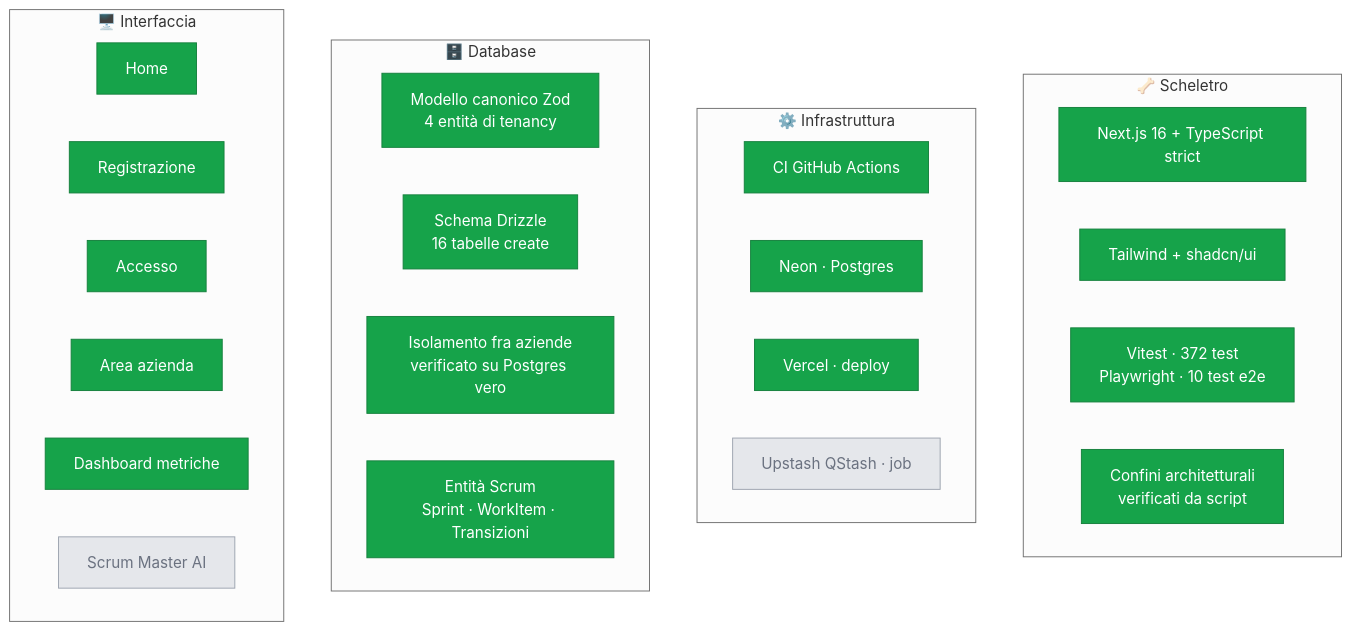
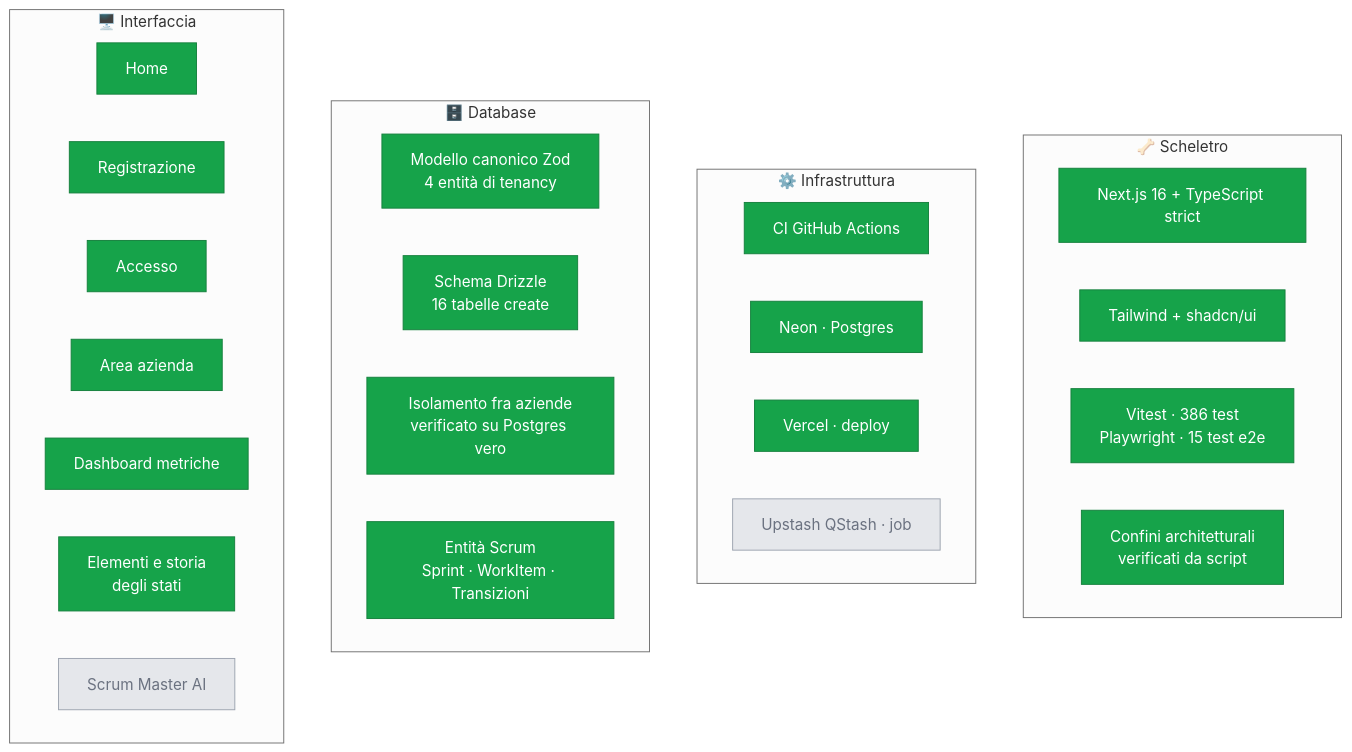
The first of 3 diagrams in docs/stato-progetto.md (dibari62/scrum-master-ai), drawn with Mermaid (neutral theme) before and after one commit. The commit also changed other lines of this file and 10 other files, not shown here.

````diff
--- a/docs/stato-progetto.md
+++ b/docs/stato-progetto.md
@@ -13,43 +13,44 @@
 ```mermaid
 graph TB
     subgraph SCH["🦴 Scheletro"]
         S1["Next.js 16 + TypeScript strict"]
         S2["Tailwind + shadcn/ui"]
-        S3["Vitest · 372 test<br/>Playwright · 10 test e2e"]
+        S3["Vitest · 386 test<br/>Playwright · 15 test e2e"]
         S4["Confini architetturali<br/>verificati da script"]
     end
 
     subgraph INF["⚙️ Infrastruttura"]
         I1["CI GitHub Actions"]
         I2["Neon · Postgres"]
         I3["Vercel · deploy"]
         I4["Upstash QStash · job"]
     end
 
     subgraph DB["🗄️ Database"]
         D1["Modello canonico Zod<br/>4 entità di tenancy"]
         D2["Schema Drizzle<br/>16 tabelle create"]
         D3["Isolamento fra aziende<br/>verificato su Postgres vero"]
         D4["Entità Scrum<br/>Sprint · WorkItem · Transizioni"]
     end
 
     subgraph UI["🖥️ Interfaccia"]
         U1["Home"]
         U2["Registrazione"]
         U3["Accesso"]
         U4["Area azienda"]
         U5["Dashboard metriche"]
+        U7["Elementi e storia<br/>degli stati"]
         U6["Scrum Master AI"]
     end
 
     classDef fatto fill:#16a34a,stroke:#15803d,color:#fff
     classDef corso fill:#eab308,stroke:#ca8a04,color:#000
     classDef todo fill:#e5e7eb,stroke:#9ca3af,color:#6b7280
 
     class S1,S2,S3,S4 fatto
     class I1,I2,I3 fatto
     class I4 todo
     class D1,D2,D3,D4 fatto
-    class U1,U2,U3,U4,U5 fatto
+    class U1,U2,U3,U4,U5,U7 fatto
     class U6 todo
 ```
````
